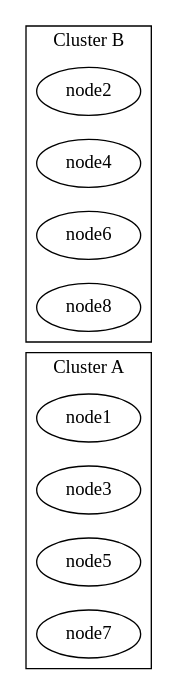
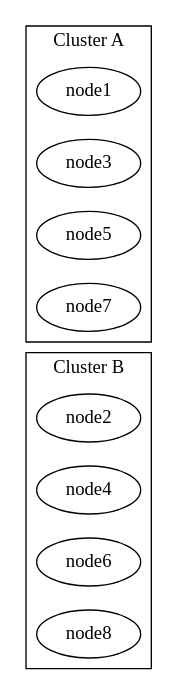
Before and after one commit to sisyphus1212/note: the sixth of 6 diagrams in other/graphviz.md, drawn with Graphviz.

Commit message:
auto_update

````diff
--- a/other/graphviz.md
+++ b/other/graphviz.md
@@ -76,16 +76,14 @@
 ```graphviz
 digraph {
   rankdir=LR
-
+  subgraph cluster_b {
+    label="Cluster B";
+    {rank=same; node2; node4; node6; node8;}
+  }
   subgraph cluster_a {
     label="Cluster A";
     {rank=same; node1; node3; node5; node7;}
   }
 
-  subgraph cluster_b {
-    label="Cluster B";
-    {rank=same; node2; node4; node6; node8;}
-  }
-
 }
 ```
````
